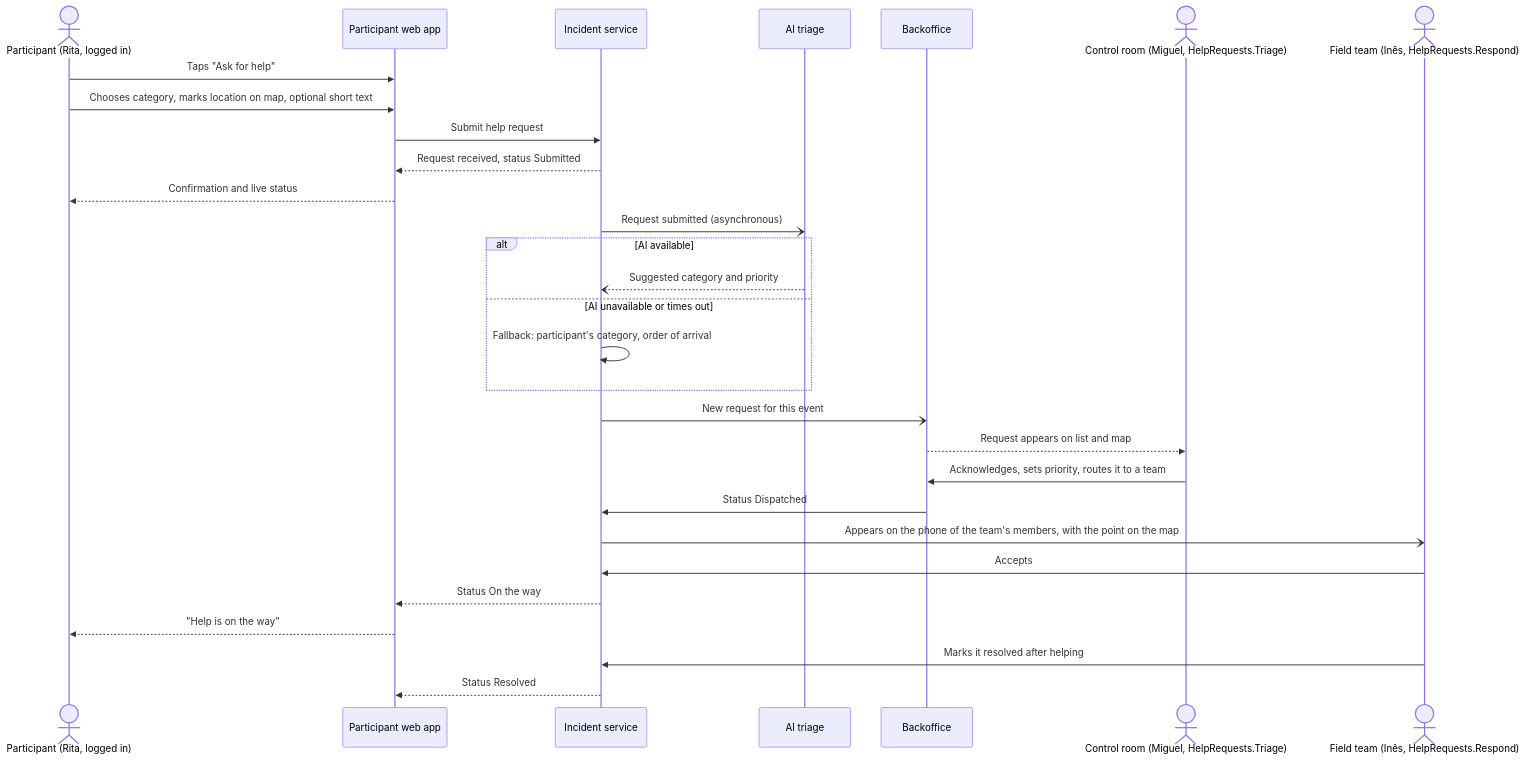
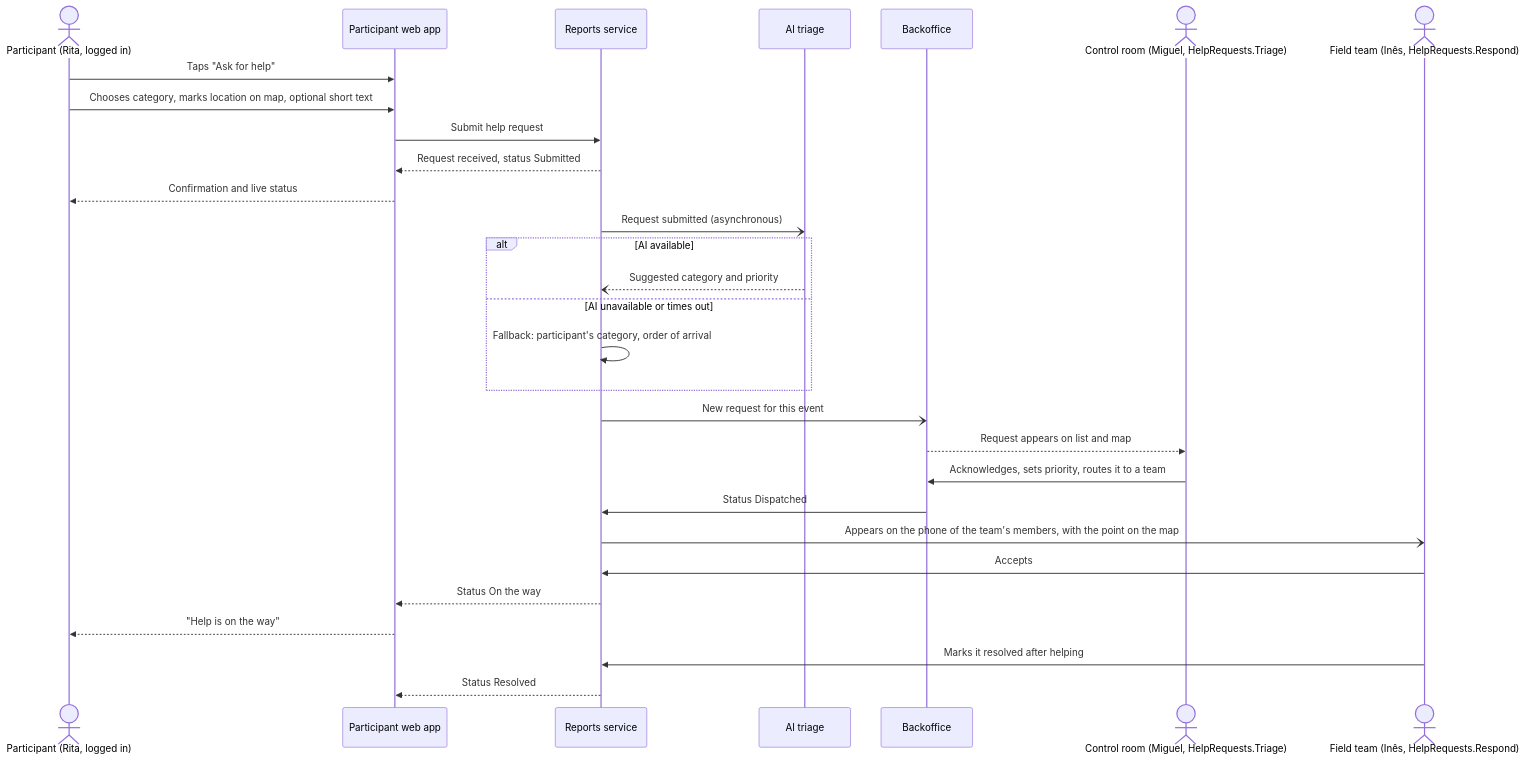
One commit to tomasoliveira21/LABDSOF changed the second of 8 diagrams in Docs/Product/user-workflows.md. Above: the diagram before and after it, drawn with Mermaid. The commit also changed other lines of this file and 4 other files, not shown here.

````diff
--- a/Docs/Product/user-workflows.md
+++ b/Docs/Product/user-workflows.md
@@ -72,32 +72,32 @@
 ```mermaid
 sequenceDiagram
     actor P as Participant (Rita, logged in)
     participant App as Participant web app
-    participant Inc as Incident service
+    participant Inc as Reports service
     participant AI as AI triage
     participant BO as Backoffice
     actor O as Control room (Miguel, HelpRequests.Triage)
     actor R as Field team (Inês, HelpRequests.Respond)
 
     P->>App: Taps "Ask for help"
     P->>App: Chooses category, marks location on map, optional short text
     App->>Inc: Submit help request
     Inc-->>App: Request received, status Submitted
     App-->>P: Confirmation and live status
     Inc-)AI: Request submitted (asynchronous)
     alt AI available
         AI--)Inc: Suggested category and priority
     else AI unavailable or times out
         Inc->>Inc: Fallback: participant's category, order of arrival
     end
     Inc-)BO: New request for this event
     BO-->>O: Request appears on list and map
     O->>BO: Acknowledges, sets priority, routes it to a team
     BO->>Inc: Status Dispatched
     Inc-)R: Appears on the phone of the team's members, with the point on the map
     R->>Inc: Accepts
     Inc-->>App: Status On the way
     App-->>P: "Help is on the way"
     R->>Inc: Marks it resolved after helping
     Inc-->>App: Status Resolved
 ```
````
